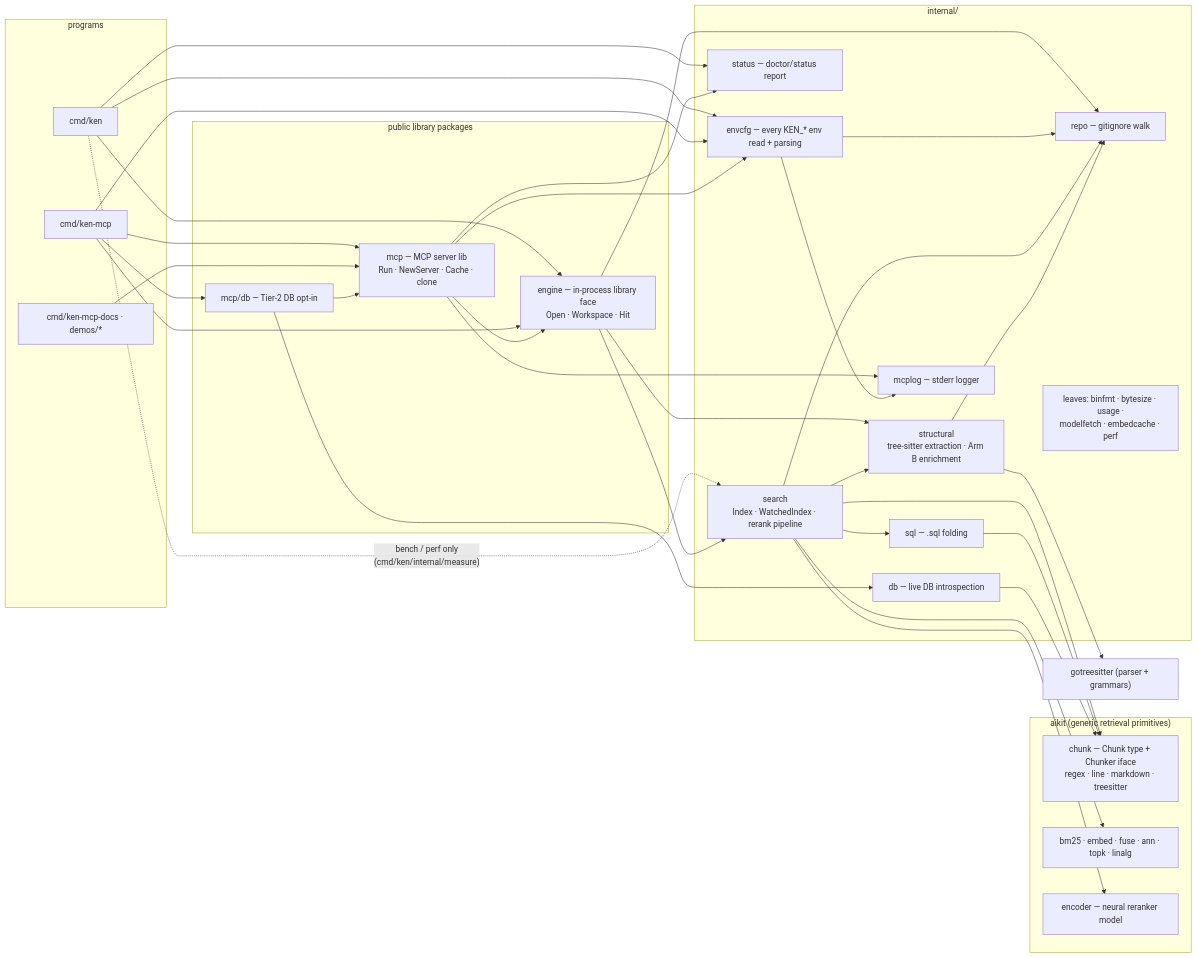
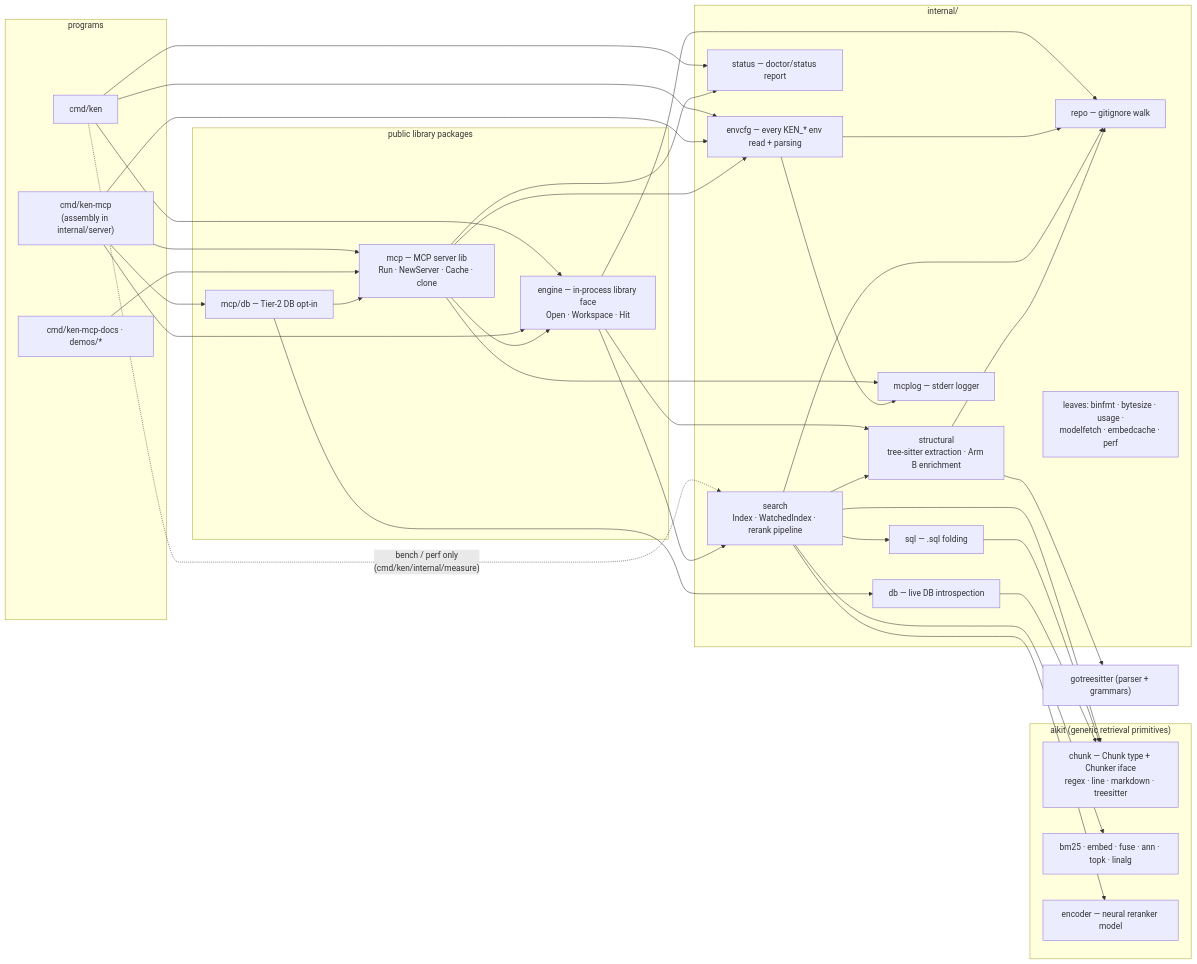
Before and after one commit to townsendmerino/ken: the first of 2 diagrams in ARCHITECTURE.md, drawn with Mermaid. The commit also changed other lines of this file and 21 other files, not shown here.

First line of the commit message:
ken-mcp's assembly moves to cmd/ken-mcp/internal/server (slice 3b)

````diff
--- a/ARCHITECTURE.md
+++ b/ARCHITECTURE.md
@@ -15,43 +15,43 @@
 ```mermaid
 graph LR
     subgraph aikit ["aikit (generic retrieval primitives)"]
         chunk["chunk — Chunk type + Chunker iface<br/>regex · line · markdown · treesitter"]
         retr["bm25 · embed · fuse · ann · topk · linalg"]
         encoder["encoder — neural reranker model"]
     end
     gts["gotreesitter (parser + grammars)"]
     subgraph programs ["programs"]
         ken["cmd/ken"]
-        kenmcp["cmd/ken-mcp"]
+        kenmcp["cmd/ken-mcp<br/>(assembly in internal/server)"]
         embedded["cmd/ken-mcp-docs · demos/*"]
     end
     subgraph public ["public library packages"]
         engine["engine — in-process library face<br/>Open · Workspace · Hit"]
         mcppkg["mcp — MCP server lib<br/>Run · NewServer · Cache · clone"]
         mcpdb["mcp/db — Tier-2 DB opt-in"]
     end
     subgraph internal ["internal/"]
         search["search<br/>Index · WatchedIndex · rerank pipeline"]
         structural["structural<br/>tree-sitter extraction · Arm B enrichment"]
         repo["repo — gitignore walk"]
         sqlpkg["sql — .sql folding"]
         dbpkg["db — live DB introspection"]
         status["status — doctor/status report"]
         envcfg["envcfg — every KEN_* env read + parsing"]
         mcplog["mcplog — stderr logger"]
         small["leaves: binfmt · bytesize · usage ·<br/>modelfetch · embedcache · perf"]
     end
     ken --> engine & status & envcfg
     ken -. "bench / perf only<br/>(cmd/ken/internal/measure)" .-> search
     kenmcp --> engine & mcppkg & mcpdb & envcfg
     embedded --> mcppkg
     engine --> search & structural & repo
     mcppkg --> engine & status & mcplog & envcfg
     mcpdb --> mcppkg & dbpkg
     envcfg --> mcplog & repo
     search --> structural & repo & sqlpkg
     structural --> repo
     search --> chunk & retr & encoder
     structural --> gts
     sqlpkg & dbpkg --> chunk
 ```
````
